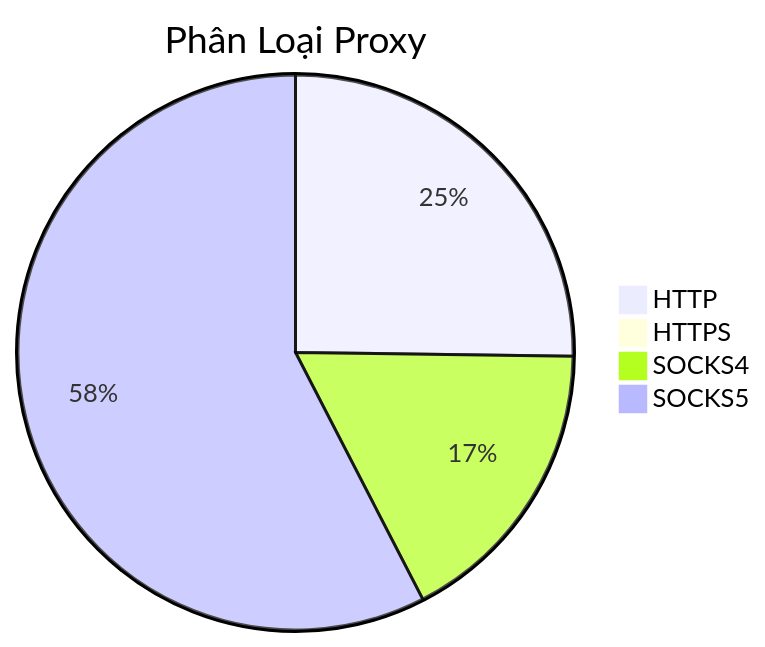
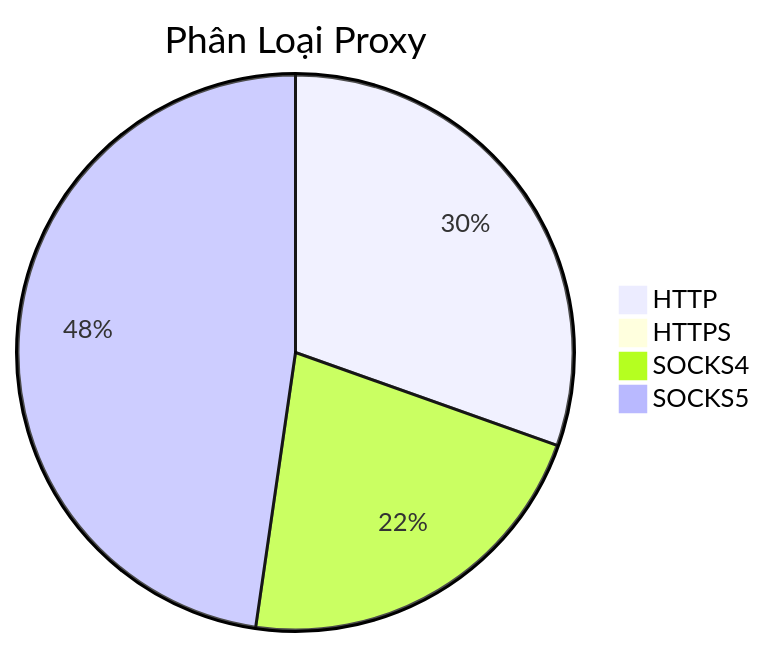
One commit to Ciara-12/PROXY-free changed the diagram in README.md. Above: the diagram before and after it, drawn with Mermaid. The commit also changed other lines of this file and 4 other files, not shown here.

````diff
--- a/README.md
+++ b/README.md
@@ -26,7 +26,7 @@
 ```mermaid
 pie title Phân Loại Proxy
-    "HTTP" : 346
-    "HTTPS" : 0
-    "SOCKS4" : 236
-    "SOCKS5" : 790
+    "HTTP" : 458
+    "HTTPS" : 1
+    "SOCKS4" : 329
+    "SOCKS5" : 718
 ```
````
